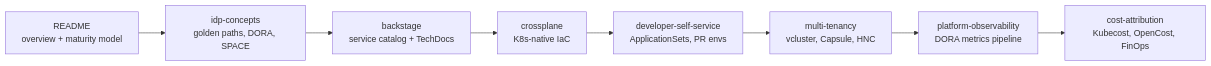
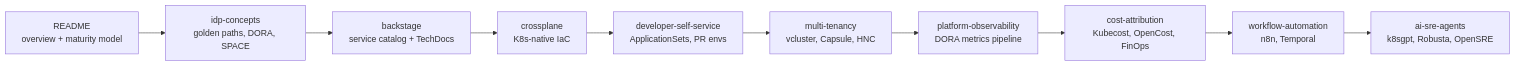
The third of 3 diagrams in platform-engineering/README.md (deepanshu-rawat6/DevOpsIndex), drawn with Mermaid before and after one commit. The commit also changed other lines of this file and 10 other files, not shown here.

````diff
--- a/platform-engineering/README.md
+++ b/platform-engineering/README.md
@@ -132,13 +134,15 @@
 ```mermaid
 graph LR
     A["README<br/>overview + maturity model"]
     B["idp-concepts<br/>golden paths, DORA, SPACE"]
     C["backstage<br/>service catalog + TechDocs"]
     D["crossplane<br/>K8s-native IaC"]
     E["developer-self-service<br/>ApplicationSets, PR envs"]
     F["multi-tenancy<br/>vcluster, Capsule, HNC"]
     G["platform-observability<br/>DORA metrics pipeline"]
     H["cost-attribution<br/>Kubecost, OpenCost, FinOps"]
+    I["workflow-automation<br/>n8n, Temporal"]
+    J["ai-sre-agents<br/>k8sgpt, Robusta, OpenSRE"]
 
-    A --> B --> C --> D --> E --> F --> G --> H
+    A --> B --> C --> D --> E --> F --> G --> H --> I --> J
 ```
````
